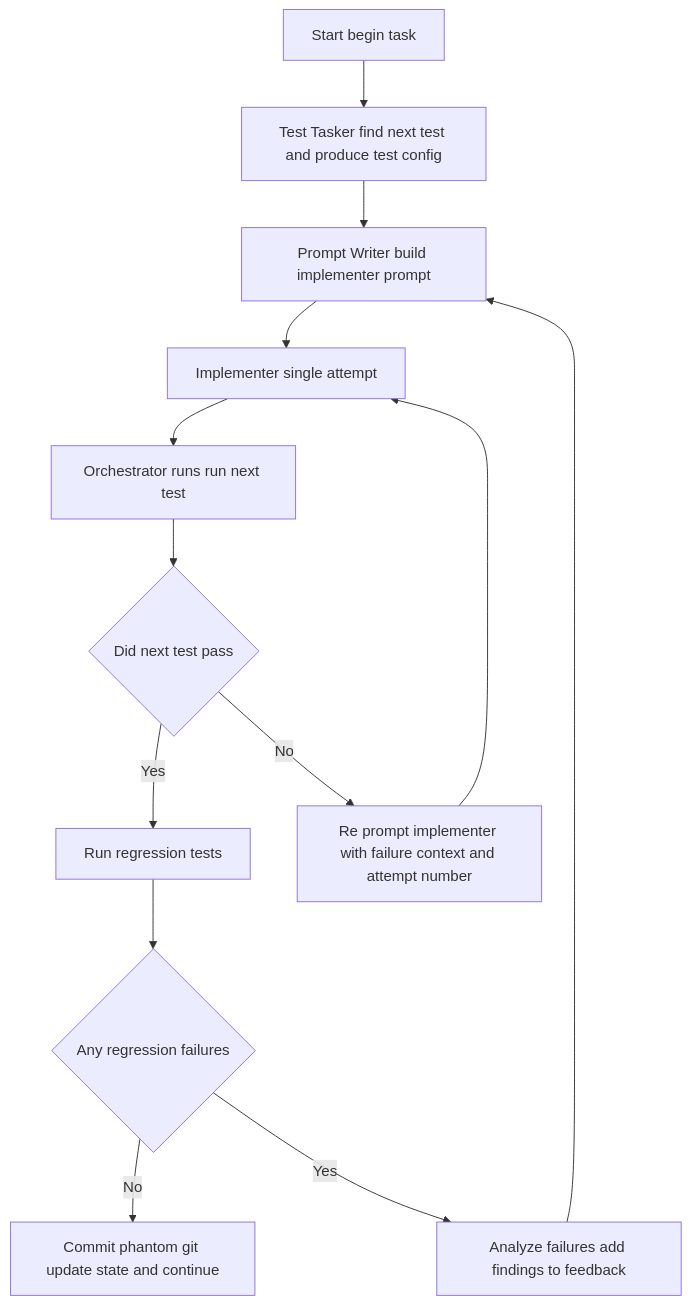
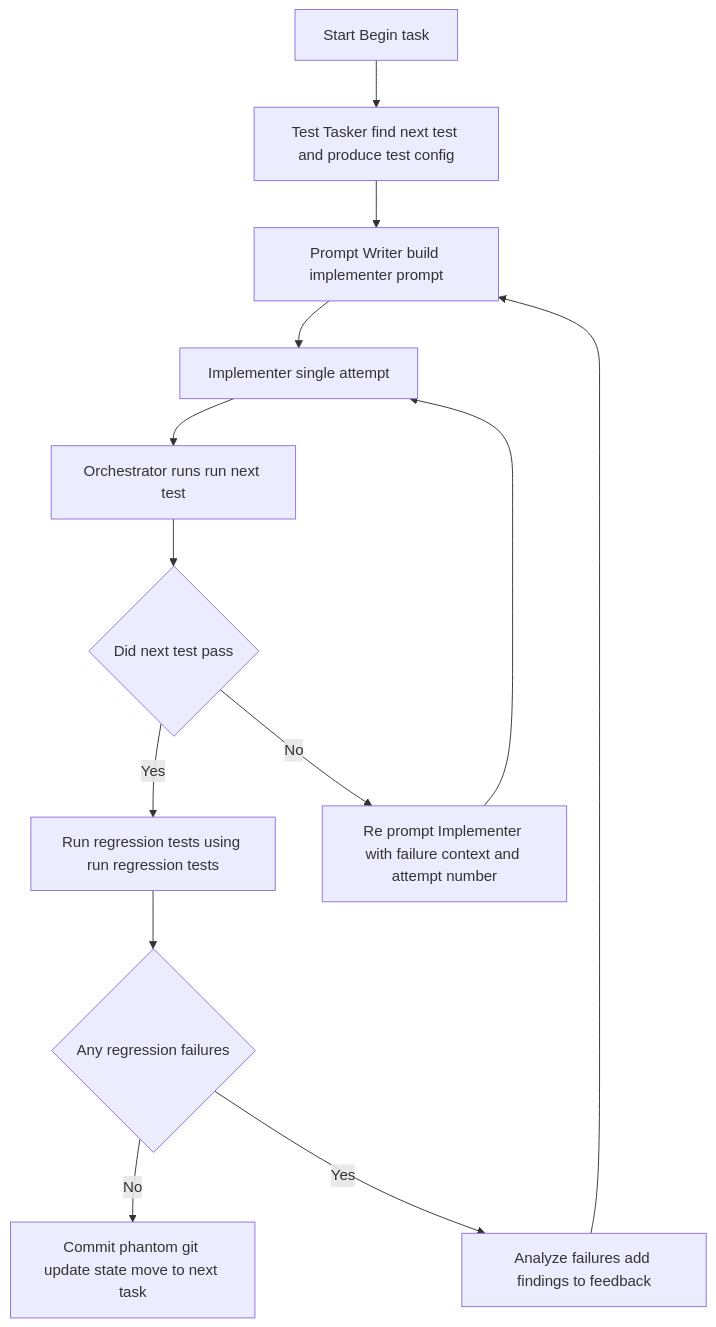
Before and after one commit to dabstractor/ai-scripts: the second of 2 diagrams in prd_pipeline/PRD.md, drawn with Mermaid. The commit also changed other lines of this file, not shown here.

````diff
--- a/prd_pipeline/PRD.md
+++ b/prd_pipeline/PRD.md
@@ -555,15 +121,15 @@
 ```mermaid
 flowchart TD
-  TaskStart[Start begin task] --> TestTasker[Test Tasker find next test and produce test config]
+  TaskStart[Start Begin task] --> TestTasker[Test Tasker find next test and produce test config]
   TestTasker --> PromptWriter[Prompt Writer build implementer prompt]
   PromptWriter --> Implementer[Implementer single attempt]
   Implementer --> RunNext[Orchestrator runs run next test]
   RunNext --> Passed{Did next test pass}
-  Passed -- Yes --> RunReg[Run regression tests]
+  Passed -- Yes --> RunReg[Run regression tests using run regression tests]
   RunReg --> RegPass{Any regression failures}
-  RegPass -- No --> Commit[Commit phantom git update state and continue]
+  RegPass -- No --> Commit[Commit phantom git update state move to next task]
   RegPass -- Yes --> AnalyzeRegs[Analyze failures add findings to feedback]
   AnalyzeRegs --> PromptWriter
-  Passed -- No --> RePrompt[Re prompt implementer with failure context and attempt number]
+  Passed -- No --> RePrompt[Re prompt Implementer with failure context and attempt number]
   RePrompt --> Implementer
 ```
````
